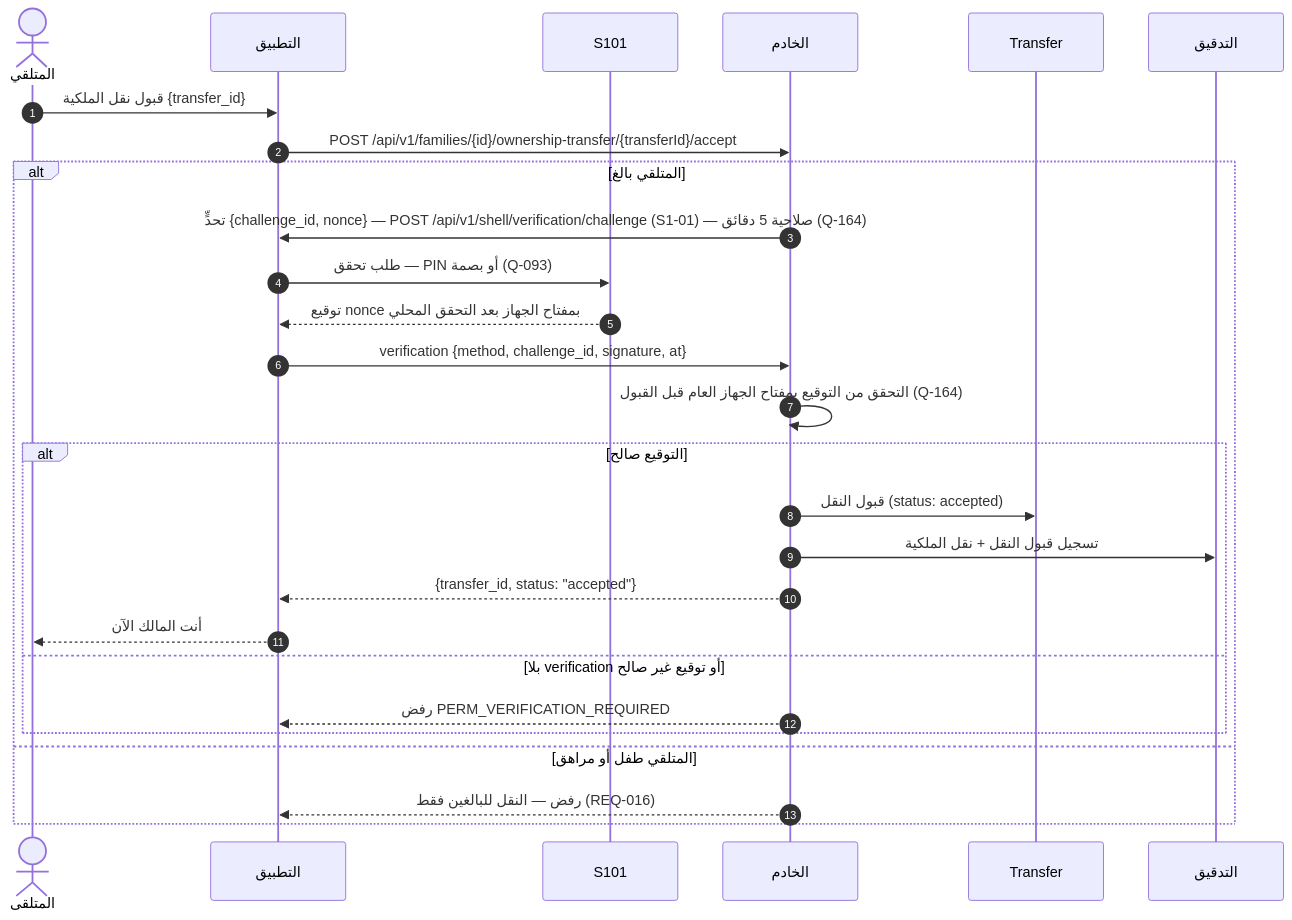
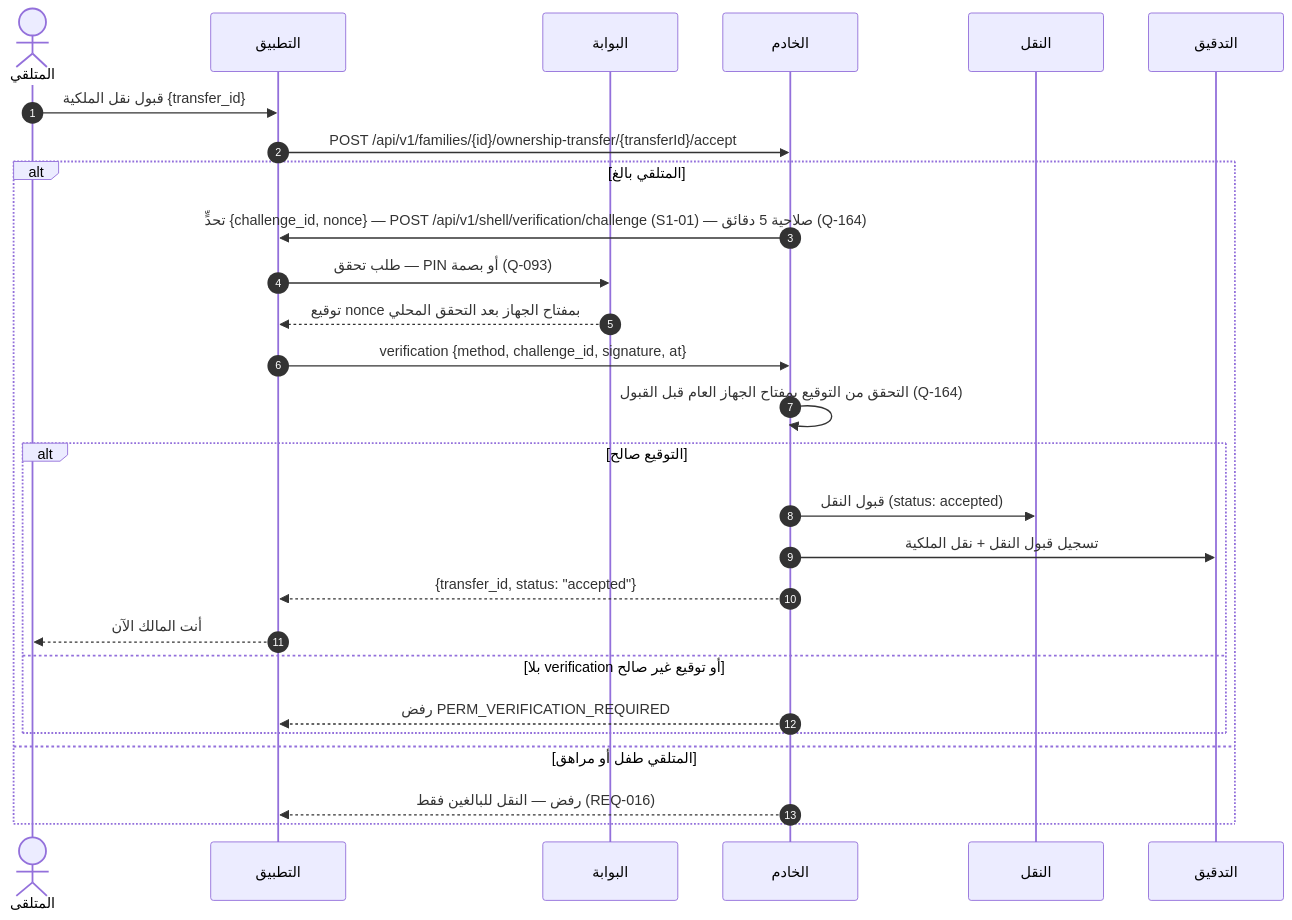
Before and after one commit to Bassam-mohammed-alqaeadi/family-os-v2: the tenth of 14 diagrams in docs/family-os/governance/phases/phase-1/S1-03-family-roles-and-permissions/DIAGRAMS.md, drawn with Mermaid. The commit also changed other lines of this file and 1 other file, not shown here.

Commit message:
B5: S1-03 — مخططات ومعايير قبول (13 بنداً)

````diff
--- a/docs/family-os/governance/phases/phase-1/S1-03-family-roles-and-permissions/DIAGRAMS.md
+++ b/docs/family-os/governance/phases/phase-1/S1-03-family-roles-and-permissions/DIAGRAMS.md
@@ -405,29 +424,29 @@
 ```mermaid
 sequenceDiagram
     autonumber
     actor Recipient as المتلقي
     participant App as التطبيق
-    participant البوابة as S101
+    participant S101 as البوابة
     participant Ktor as الخادم
-    participant النقل as Transfer
+    participant Transfer as النقل
     participant Audit as التدقيق
     Recipient->>App: قبول نقل الملكية {transfer_id}
     App->>Ktor: POST /api/v1/families/{id}/ownership-transfer/{transferId}/accept
     alt المتلقي بالغ
         Ktor->>App: تحدٍّ {challenge_id, nonce} — POST /api/v1/shell/verification/challenge (S1-01) — صلاحية 5 دقائق (Q-164)
-        App->>البوابة: طلب تحقق — PIN أو بصمة (Q-093)
-        البوابة-->>App: توقيع nonce بمفتاح الجهاز بعد التحقق المحلي
+        App->>S101: طلب تحقق — PIN أو بصمة (Q-093)
+        S101-->>App: توقيع nonce بمفتاح الجهاز بعد التحقق المحلي
         App->>Ktor: verification {method, challenge_id, signature, at}
         Ktor->>Ktor: التحقق من التوقيع بمفتاح الجهاز العام قبل القبول (Q-164)
         alt التوقيع صالح
-            Ktor->>النقل: قبول النقل (status: accepted)
+            Ktor->>Transfer: قبول النقل (status: accepted)
             Ktor->>Audit: تسجيل قبول النقل + نقل الملكية
             Ktor-->>App: {transfer_id, status: "accepted"}
             App-->>Recipient: أنت المالك الآن
         else بلا verification أو توقيع غير صالح
             Ktor-->>App: رفض PERM_VERIFICATION_REQUIRED
         end
     else المتلقي طفل أو مراهق
         Ktor-->>App: رفض — النقل للبالغين فقط (REQ-016)
     end
 ```
````
